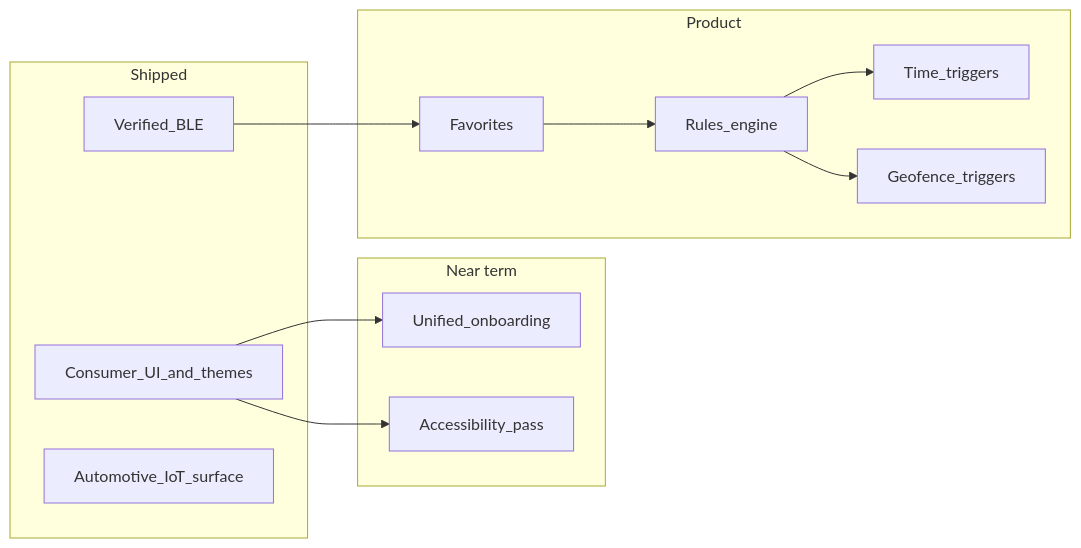
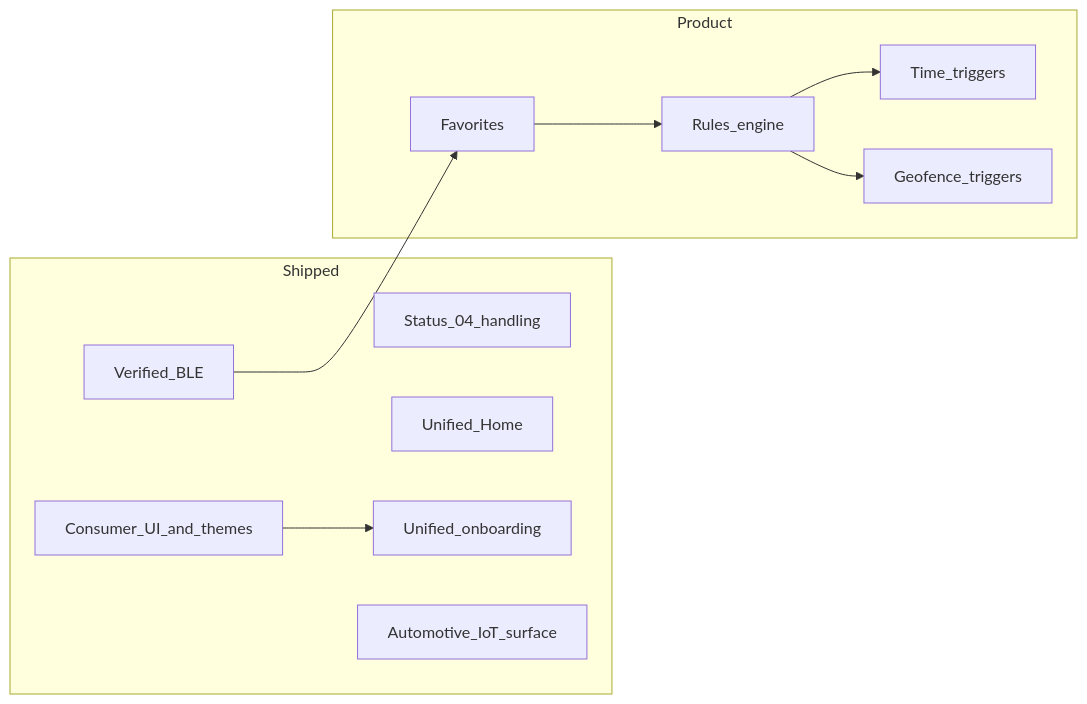
Before and after one commit to lukey662/akrapovic-Soundkit-Community-Edition: the diagram in ROADMAP.md, drawn with Mermaid. The commit also changed other lines of this file and 33 other files, not shown here.

First line of the commit message:
Ship unified Home, onboarding, empty states, and CI wrapper.

````diff
--- a/ROADMAP.md
+++ b/ROADMAP.md
@@ -72,24 +75,22 @@
 ```mermaid
 flowchart LR
   subgraph done [Shipped]
     Proto[Verified_BLE]
+    Status04[Status_04_handling]
+    Home[Unified_Home]
     UX[Consumer_UI_and_themes]
+    Onboard[Unified_onboarding]
     Car[Automotive_IoT_surface]
-  end
-  subgraph next [Near term]
-    Onboard[Unified_onboarding]
-    A11y[Accessibility_pass]
   end
   subgraph later [Product]
     Fav[Favorites]
     Rules[Rules_engine]
     Time[Time_triggers]
     Geo[Geofence_triggers]
   end
   Proto --> Fav
   Fav --> Rules
   Rules --> Time
   Rules --> Geo
   UX --> Onboard
-  UX --> A11y
 ```
````
